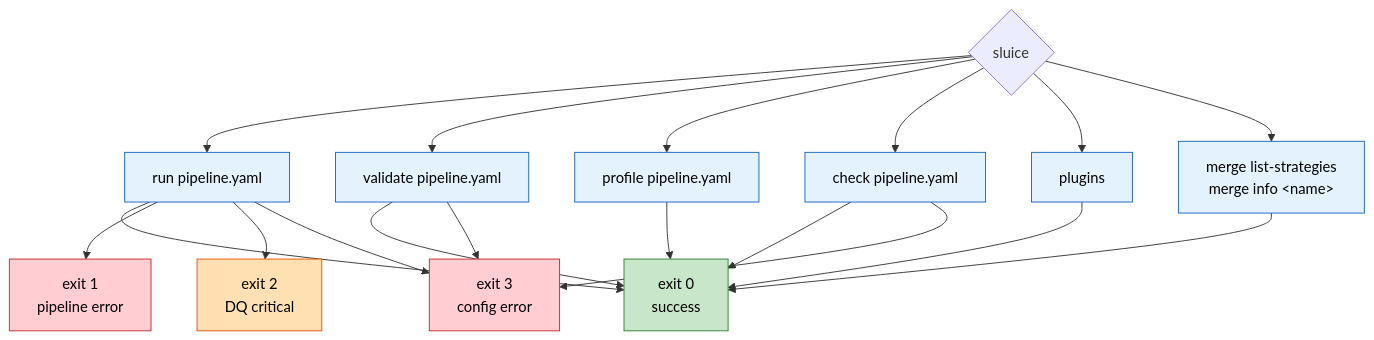
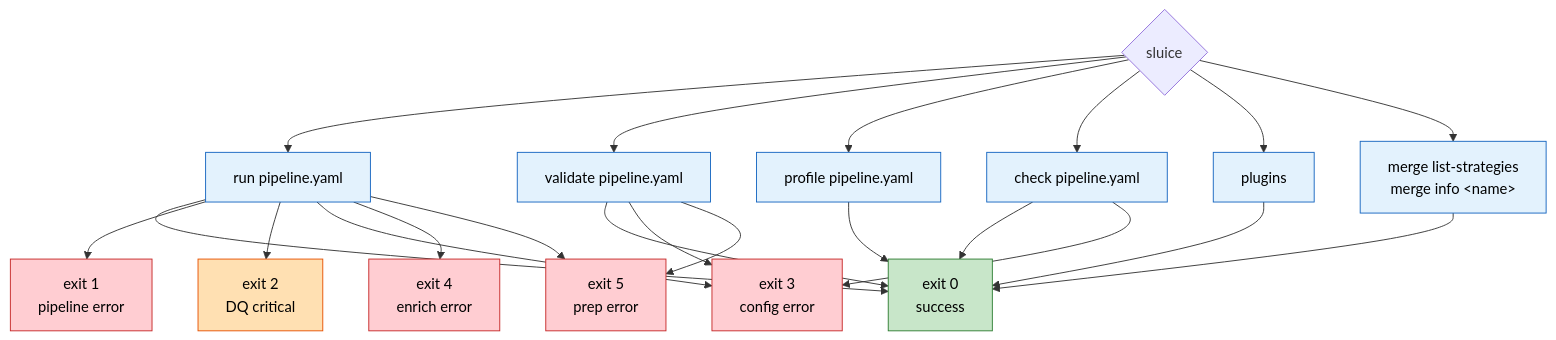
One commit to caracal-lynx/sluice changed diagram 12 of 14 in docs/architecture-diagrams.md. Above: the diagram before and after it, drawn with Mermaid. The commit also changed other lines of this file and 24 other files, not shown here.

First line of the commit message:
feat(prep): Phase 12 — pre-enrich Prep phase + padEnd cleanse op (#65)

````diff
--- a/docs/architecture-diagrams.md
+++ b/docs/architecture-diagrams.md
@@ -561,33 +573,38 @@
 ```mermaid
 flowchart TB
     classDef cmd fill:#E3F2FD,stroke:#1565C0,color:#000
     classDef ok fill:#C8E6C9,stroke:#2E7D32,color:#000
     classDef warn fill:#FFE0B2,stroke:#E65100,color:#000
     classDef err fill:#FFCDD2,stroke:#C62828,color:#000
 
     CLI{sluice}
 
     Run[run pipeline.yaml]:::cmd
     Val[validate pipeline.yaml]:::cmd
     Prof[profile pipeline.yaml]:::cmd
     Chk[check pipeline.yaml]:::cmd
     Plg[plugins]:::cmd
     Mrg[merge list-strategies<br/>merge info &lt;name&gt;]:::cmd
 
     E0[exit 0<br/>success]:::ok
     E1[exit 1<br/>pipeline error]:::err
     E2[exit 2<br/>DQ critical]:::warn
     E3[exit 3<br/>config error]:::err
+    E4[exit 4<br/>enrich error]:::err
+    E5[exit 5<br/>prep error]:::err
 
     CLI --> Run --> E0
     Run --> E1
     Run --> E2
     Run --> E3
+    Run --> E4
+    Run --> E5
     CLI --> Val --> E0
     Val --> E3
+    Val --> E5
     CLI --> Prof --> E0
     CLI --> Chk --> E0
     Chk --> E3
     CLI --> Plg --> E0
     CLI --> Mrg --> E0
 ```
````
